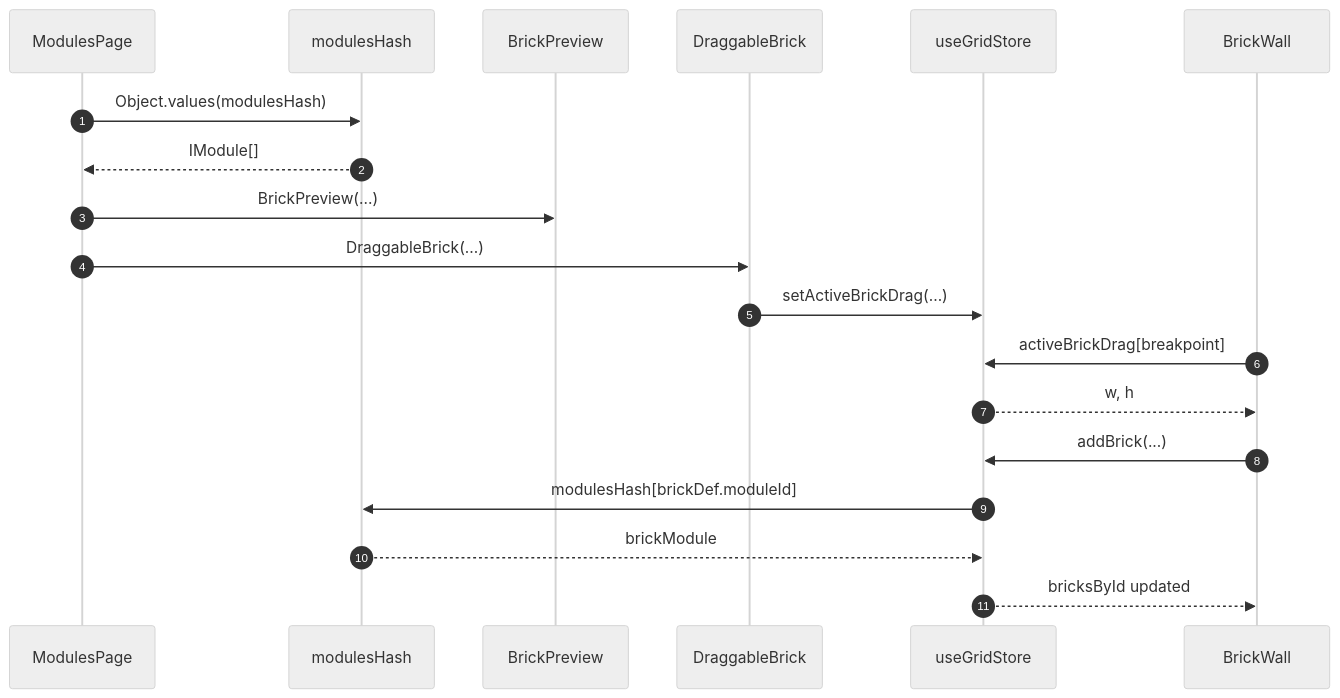
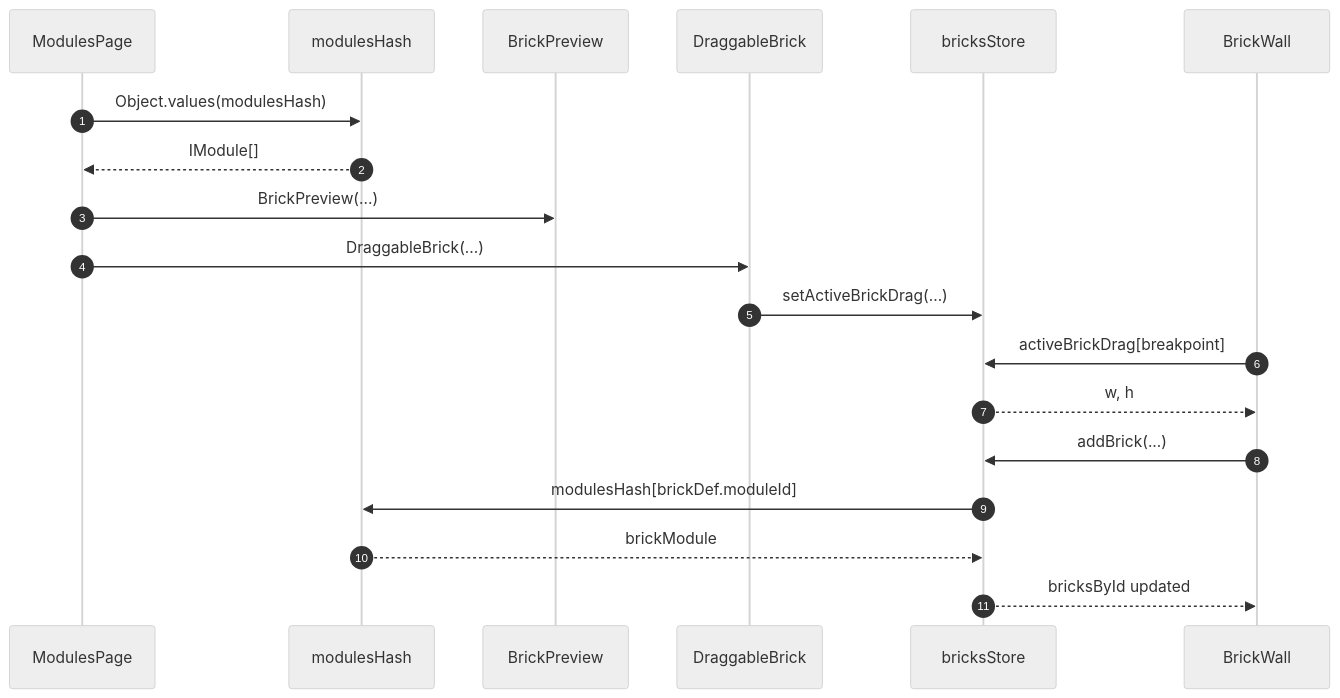
The diagram in wiki/architecture/browser/LibrarySandboxBrickDrop.md (morgs32/qrk.sh), drawn with Mermaid (neutral theme) before and after one commit. The commit also changed other lines of this file and 14 other files, not shown here.

````diff
--- a/wiki/architecture/browser/LibrarySandboxBrickDrop.md
+++ b/wiki/architecture/browser/LibrarySandboxBrickDrop.md
@@ -34,32 +34,32 @@
 ```mermaid
 sequenceDiagram
   participant ModulesPage
   participant modulesHash
   participant BrickPreview
   participant DraggableBrick
-  participant useGridStore
+  participant bricksStore
   participant BrickWall
 
   autonumber 1
   ModulesPage->>modulesHash: Object.values(modulesHash)
   autonumber 2
   modulesHash-->>ModulesPage: IModule[]
   autonumber 3
   ModulesPage->>BrickPreview: BrickPreview(...)
   autonumber 4
   ModulesPage->>DraggableBrick: DraggableBrick(...)
   autonumber 5
-  DraggableBrick->>useGridStore: setActiveBrickDrag(...)
+  DraggableBrick->>bricksStore: setActiveBrickDrag(...)
   autonumber 6
-  BrickWall->>useGridStore: activeBrickDrag[breakpoint]
+  BrickWall->>bricksStore: activeBrickDrag[breakpoint]
   autonumber 7
-  useGridStore-->>BrickWall: w, h
+  bricksStore-->>BrickWall: w, h
   autonumber 8
-  BrickWall->>useGridStore: addBrick(...)
+  BrickWall->>bricksStore: addBrick(...)
   autonumber 9
-  useGridStore->>modulesHash: modulesHash[brickDef.moduleId]
+  bricksStore->>modulesHash: modulesHash[brickDef.moduleId]
   autonumber 10
-  modulesHash-->>useGridStore: brickModule
+  modulesHash-->>bricksStore: brickModule
   autonumber 11
-  useGridStore-->>BrickWall: bricksById updated
+  bricksStore-->>BrickWall: bricksById updated
 ```
````
